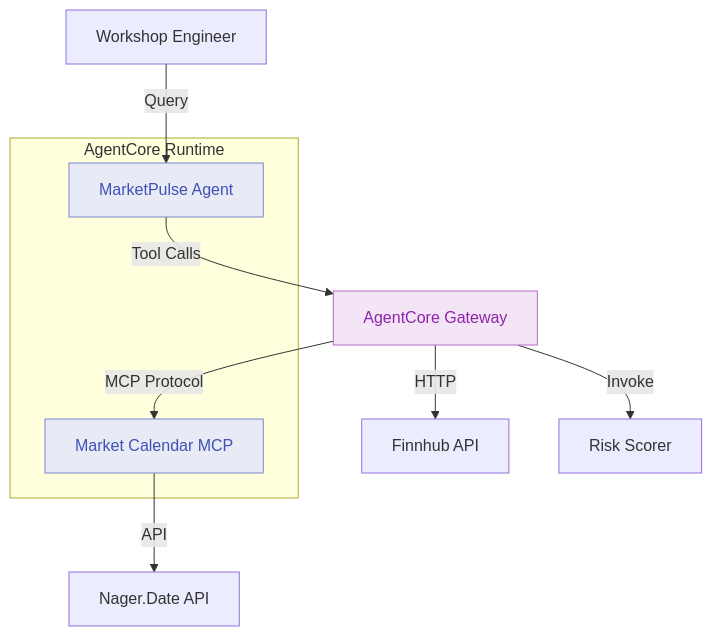
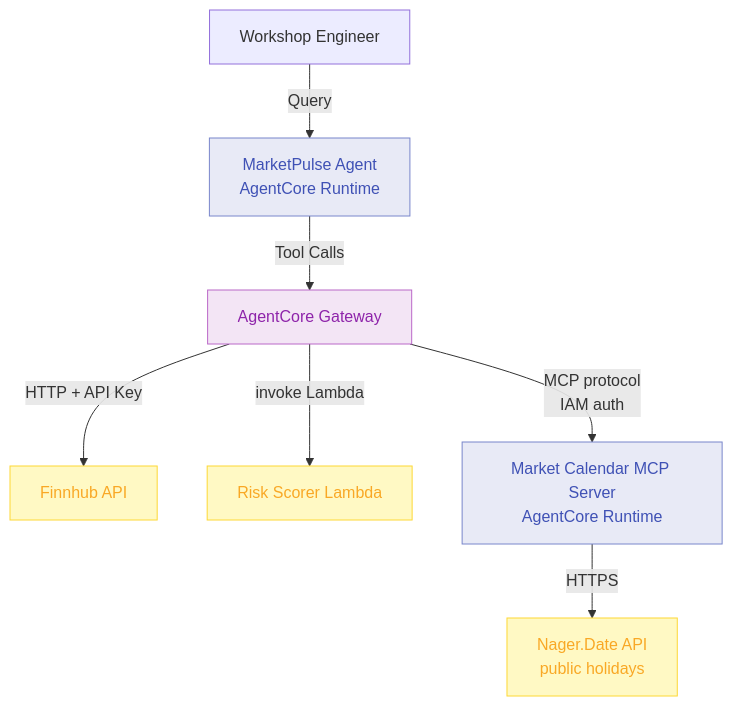
The diagram in docs/04-gateway-mcp.md (mantel-lab/aws-agentcore-workshop), drawn with Mermaid before and after one commit. The commit also changed other lines of this file and 19 other files, not shown here.

Commit message:
Lambda, mcp gateway target

````diff
--- a/docs/04-gateway-mcp.md
+++ b/docs/04-gateway-mcp.md
@@ -32,20 +41,17 @@
 ```mermaid
 flowchart TB
-    User[Workshop Engineer] -->|Query| Agent[MarketPulse Agent]
+    User[Workshop Engineer] -->|Query| Agent[MarketPulse Agent<br>AgentCore Runtime]
     Agent -->|Tool Calls| Gateway[AgentCore Gateway]
-    Gateway -->|HTTP| Finnhub[Finnhub API]
-    Gateway -->|Invoke| Lambda[Risk Scorer]
-    Gateway -->|MCP Protocol| MCP[Market Calendar MCP]
-    MCP -->|API| Nager[Nager.Date API]
-    
-    subgraph "AgentCore Runtime"
-        Agent
-        MCP
-    end
-    
+    Gateway -->|HTTP + API Key| Finnhub[Finnhub API]
+    Gateway -->|invoke Lambda| Lambda[Risk Scorer Lambda]
+    Gateway -->|MCP protocol<br>IAM auth| MCP[Market Calendar MCP Server<br>AgentCore Runtime]
+    MCP -->|HTTPS| Nager[Nager.Date API<br>public holidays]
+
     classDef runtime fill:#E8EAF6,stroke:#7986CB,color:#3F51B5
     classDef gateway fill:#F3E5F5,stroke:#BA68C8,color:#8E24AA
-    
+    classDef external fill:#FFF9C4,stroke:#FDD835,color:#F9A825
+
     class Agent,MCP runtime
     class Gateway gateway
+    class Finnhub,Nager,Lambda external
 ```
````
